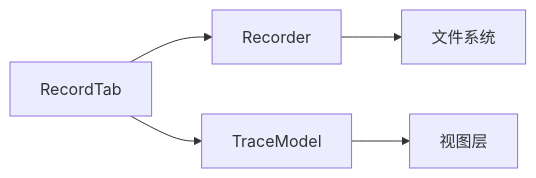
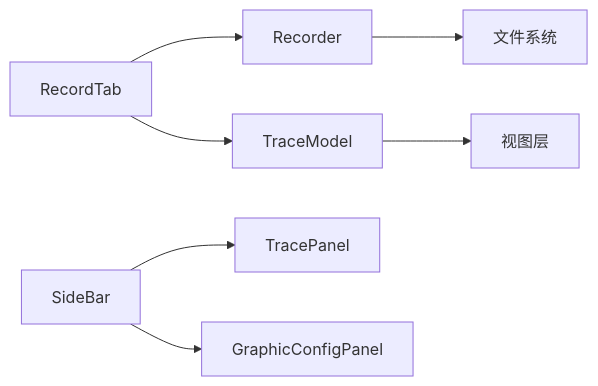
The eighth of 8 diagrams in .qoder/repowiki/zh/content/架构设计/UI系统设计/录制管理Tab组件/录制管理Tab组件.md (jakecai1225-design/OpenBus), drawn with Mermaid before and after one commit. The commit also changed other lines of this file and 71 other files, not shown here.

Commit message:
graphic trace

````diff
--- a/.qoder/repowiki/zh/content/架构设计/UI系统设计/录制管理Tab组件/录制管理Tab组件.md
+++ b/.qoder/repowiki/zh/content/架构设计/UI系统设计/录制管理Tab组件/录制管理Tab组件.md
@@ -261,7 +375,9 @@
 ```mermaid
 graph LR
 RecordTab["RecordTab"] --> Recorder["Recorder"]
 RecordTab --> TraceModel["TraceModel"]
+SideBar["SideBar"] --> TracePanel["TracePanel"]
+SideBar --> GraphicPanel["GraphicConfigPanel"]
 Recorder --> FileSystem["文件系统"]
 TraceModel --> View["视图层"]
 ```
````
